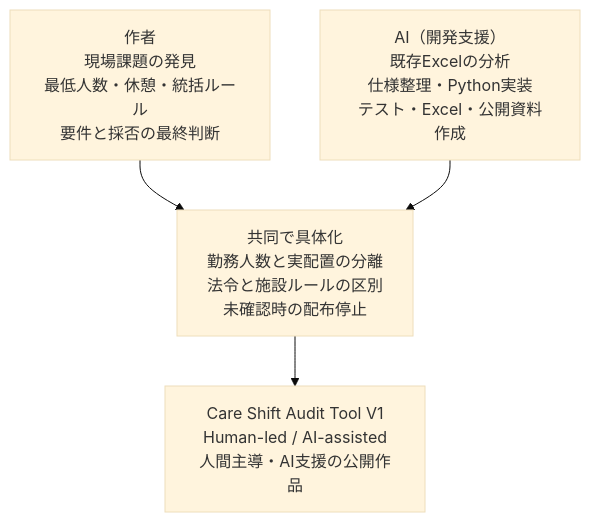
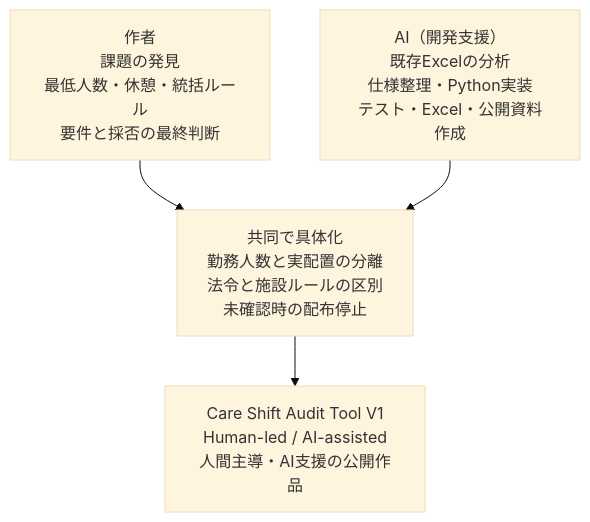
The diagram in README.md (ruru105/care-shift-audit-tool), drawn with Mermaid (base theme) before and after one commit. The commit also changed other lines of this file and 1 other file, not shown here.

````diff
--- a/README.md
+++ b/README.md
@@ -85,11 +85,11 @@
 ```mermaid
 flowchart TB
-    H["作者<br/>現場課題の発見<br/>最低人数・休憩・統括ルール<br/>要件と採否の最終判断"]
+    H["作者<br/>課題の発見<br/>最低人数・休憩・統括ルール<br/>要件と採否の最終判断"]
     A["AI（開発支援）<br/>既存Excelの分析<br/>仕様整理・Python実装<br/>テスト・Excel・公開資料作成"]
     C["共同で具体化<br/>勤務人数と実配置の分離<br/>法令と施設ルールの区別<br/>未確認時の配布停止"]
     V["Care Shift Audit Tool V1<br/>Human-led / AI-assisted<br/>人間主導・AI支援の公開作品"]
 
     H --> C
     A --> C
     C --> V
 ```
````
